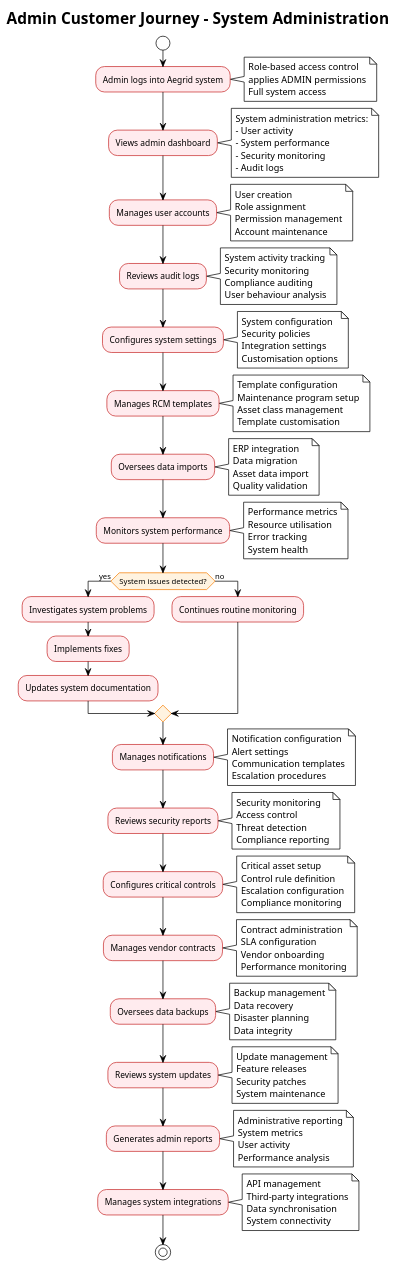
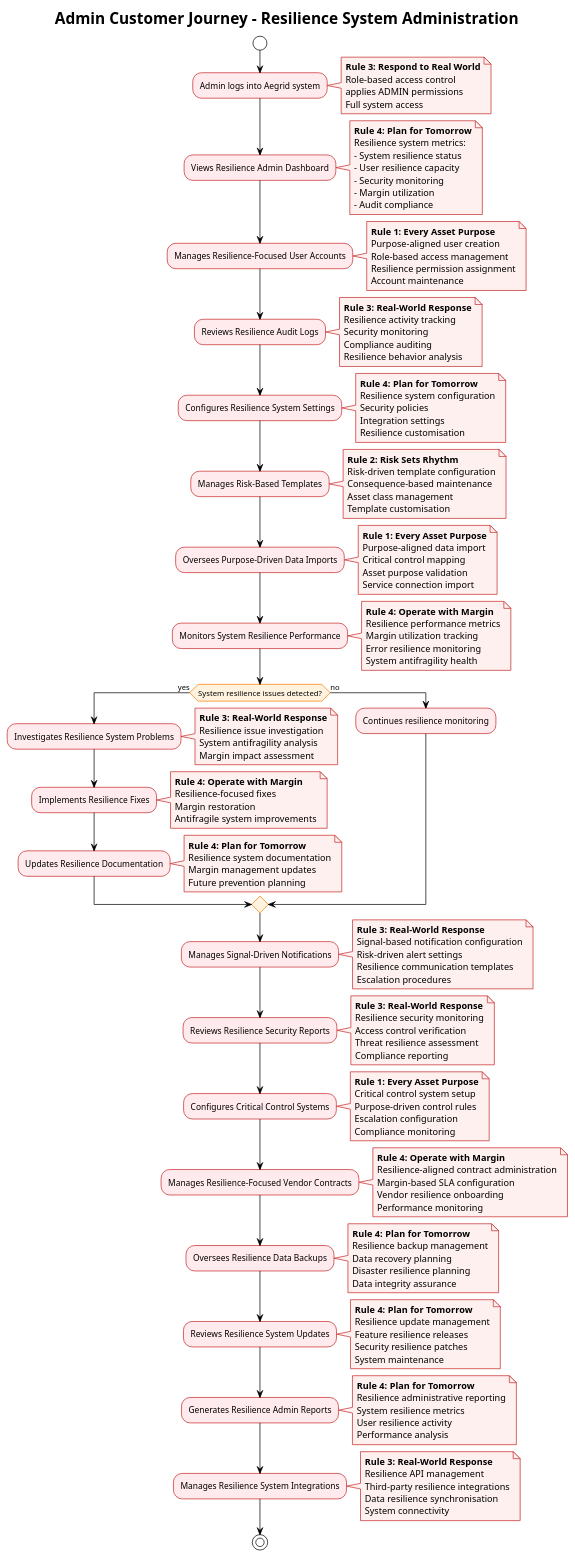
The diagram in docs/architecture/customer-journeys/admin-journey.puml (Duds/CouncilWorks), drawn with PlantUML before and after one commit. The commit also changed 37 other files, not shown here.

First line of the commit message:
feat: enhance customer journeys and fix PlantUML syntax

```diff
--- a/docs/architecture/customer-journeys/admin-journey.puml
+++ b/docs/architecture/customer-journeys/admin-journey.puml
@@ -1,77 +1,85 @@
-@startuml Admin Customer Journey
+@startuml Admin Customer Journey - Resilience System Administration
 !theme plain
 skinparam backgroundColor #FFFFFF
 skinparam activity {
   BackgroundColor #FFEBEE
   BorderColor #C62828
   FontColor #000000
 }
 skinparam activityDiamond {
   BackgroundColor #FFF3E0
   BorderColor #F57C00
   FontColor #000000
 }
+skinparam note {
+  BackgroundColor #FFF0F0
+  BorderColor #C62828
+  FontColor #000000
+}
 
-title Admin Customer Journey - System Administration
+title Admin Customer Journey - Resilience System Administration
 
 start
 
 :Admin logs into Aegrid system;
-note right: Role-based access control\napplies ADMIN permissions\nFull system access
+note right: **Rule 3: Respond to Real World**\nRole-based access control\napplies ADMIN permissions\nFull system access
 
-:Views admin dashboard;
-note right: System administration metrics:\n- User activity\n- System performance\n- Security monitoring\n- Audit logs
+:Views Resilience Admin Dashboard;
+note right: **Rule 4: Plan for Tomorrow**\nResilience system metrics:\n- System resilience status\n- User resilience capacity\n- Security monitoring\n- Margin utilization\n- Audit compliance
 
-:Manages user accounts;
-note right: User creation\nRole assignment\nPermission management\nAccount maintenance
+:Manages Resilience-Focused User Accounts;
+note right: **Rule 1: Every Asset Purpose**\nPurpose-aligned user creation\nRole-based access management\nResilience permission assignment\nAccount maintenance
 
-:Reviews audit logs;
-note right: System activity tracking\nSecurity monitoring\nCompliance auditing\nUser behaviour analysis
+:Reviews Resilience Audit Logs;
+note right: **Rule 3: Real-World Response**\nResilience activity tracking\nSecurity monitoring\nCompliance auditing\nResilience behavior analysis
 
-:Configures system settings;
-note right: System configuration\nSecurity policies\nIntegration settings\nCustomisation options
+:Configures Resilience System Settings;
+note right: **Rule 4: Plan for Tomorrow**\nResilience system configuration\nSecurity policies\nIntegration settings\nResilience customisation
 
-:Manages RCM templates;
-note right: Template configuration\nMaintenance program setup\nAsset class management\nTemplate customisation
+:Manages Risk-Based Templates;
+note right: **Rule 2: Risk Sets Rhythm**\nRisk-driven template configuration\nConsequence-based maintenance\nAsset class management\nTemplate customisation
 
-:Oversees data imports;
-note right: ERP integration\nData migration\nAsset data import\nQuality validation
+:Oversees Purpose-Driven Data Imports;
+note right: **Rule 1: Every Asset Purpose**\nPurpose-aligned data import\nCritical control mapping\nAsset purpose validation\nService connection import
 
-:Monitors system performance;
-note right: Performance metrics\nResource utilisation\nError tracking\nSystem health
+:Monitors System Resilience Performance;
+note right: **Rule 4: Operate with Margin**\nResilience performance metrics\nMargin utilization tracking\nError resilience monitoring\nSystem antifragility health
 
-if (System issues detected?) then (yes)
-  :Investigates system problems;
-  :Implements fixes;
-  :Updates system documentation;
+if (System resilience issues detected?) then (yes)
+  :Investigates Resilience System Problems;
+  note right: **Rule 3: Real-World Response**\nResilience issue investigation\nSystem antifragility analysis\nMargin impact assessment
+  :Implements Resilience Fixes;
+  note right: **Rule 4: Operate with Margin**\nResilience-focused fixes\nMargin restoration\nAntifragile system improvements
+  :Updates Resilience Documentation;
+  note right: **Rule 4: Plan for Tomorrow**\nResilience system documentation\nMargin management updates\nFuture prevention planning
 else (no)
-  :Continues routine monitoring;
+  :Continues resilience monitoring;
 endif
 
-:Manages notifications;
-note right: Notification configuration\nAlert settings\nCommunication templates\nEscalation procedures
+:Manages Signal-Driven Notifications;
+note right: **Rule 3: Real-World Response**\nSignal-based notification configuration\nRisk-driven alert settings\nResilience communication templates\nEscalation procedures
 
-:Reviews security reports;
-note right: Security monitoring\nAccess control\nThreat detection\nCompliance reporting
+:Reviews Resilience Security Reports;
+note right: **Rule 3: Real-World Response**\nResilience security monitoring\nAccess control verification\nThreat resilience assessment\nCompliance reporting
 
-:Configures critical controls;
-note right: Critical asset setup\nControl rule definition\nEscalation configuration\nCompliance monitoring
+:Configures Critical Control Systems;
+note right: **Rule 1: Every Asset Purpose**\nCritical control system setup\nPurpose-driven control rules\nEscalation configuration\nCompliance monitoring
 
-:Manages vendor contracts;
-note right: Contract administration\nSLA configuration\nVendor onboarding\nPerformance monitoring
+:Manages Resilience-Focused Vendor Contracts;
+note right: **Rule 4: Operate with Margin**\nResilience-aligned contract administration\nMargin-based SLA configuration\nVendor resilience onboarding\nPerformance monitoring
 
-:Oversees data backups;
-note right: Backup management\nData recovery\nDisaster planning\nData integrity
+:Oversees Resilience Data Backups;
+note right: **Rule 4: Plan for Tomorrow**\nResilience backup management\nData recovery planning\nDisaster resilience planning\nData integrity assurance
 
-:Reviews system updates;
-note right: Update management\nFeature releases\nSecurity patches\nSystem maintenance
+:Reviews Resilience System Updates;
+note right: **Rule 4: Plan for Tomorrow**\nResilience update management\nFeature resilience releases\nSecurity resilience patches\nSystem maintenance
 
-:Generates admin reports;
-note right: Administrative reporting\nSystem metrics\nUser activity\nPerformance analysis
+:Generates Resilience Admin Reports;
+note right: **Rule 4: Plan for Tomorrow**\nResilience administrative reporting\nSystem resilience metrics\nUser resilience activity\nPerformance analysis
 
-:Manages system integrations;
-note right: API management\nThird-party integrations\nData synchronisation\nSystem connectivity
+:Manages Resilience System Integrations;
+note right: **Rule 3: Real-World Response**\nResilience API management\nThird-party resilience integrations\nData resilience synchronisation\nSystem connectivity
 
 stop
 
 @enduml
```
